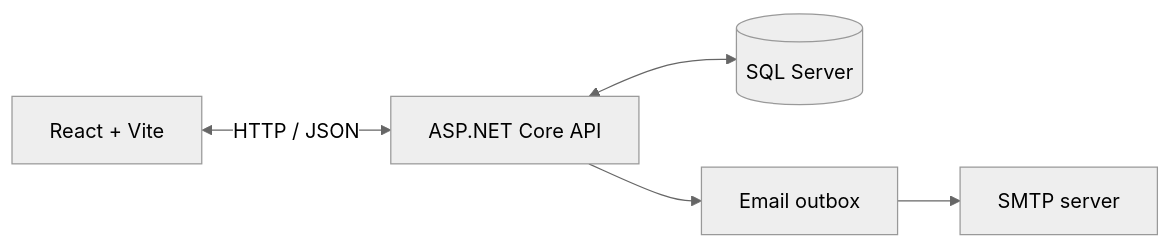
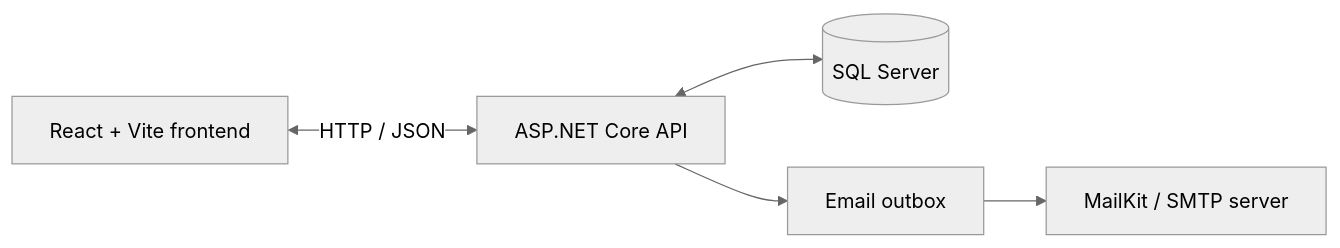
One commit to SAI-SRINIVAS-P/ORBITDESK-HELP-DESK-AND-TICKETING-SYSTEM changed the second of 2 diagrams in README.md. Above: the diagram before and after it, drawn with Mermaid (neutral theme). The commit also changed other lines of this file, not shown here.

````diff
--- a/README.md
+++ b/README.md
@@ -79,7 +92,7 @@
 ```mermaid
 flowchart LR
-    UI[React + Vite] <-->|HTTP / JSON| API[ASP.NET Core API]
+    WEB[React + Vite frontend] <-->|HTTP / JSON| API[ASP.NET Core API]
     API <--> DB[(SQL Server)]
     API --> OUTBOX[Email outbox]
-    OUTBOX --> SMTP[SMTP server]
+    OUTBOX --> SMTP[MailKit / SMTP server]
 ```
````
